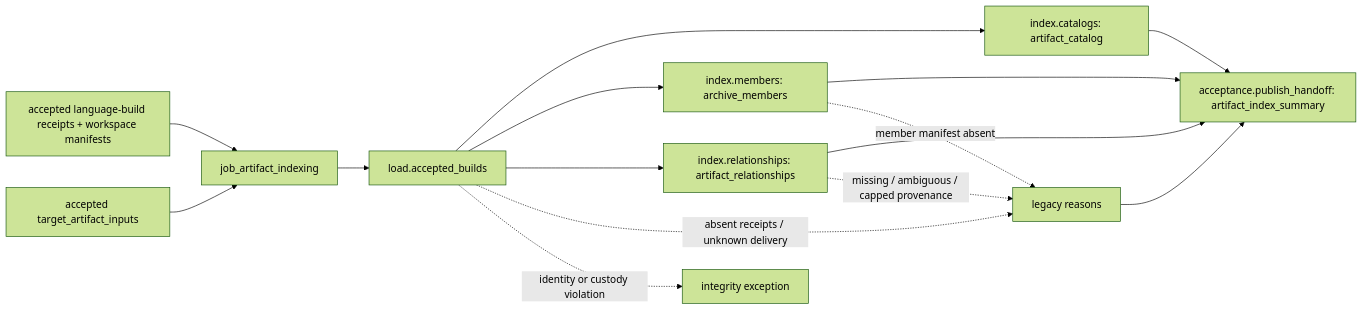
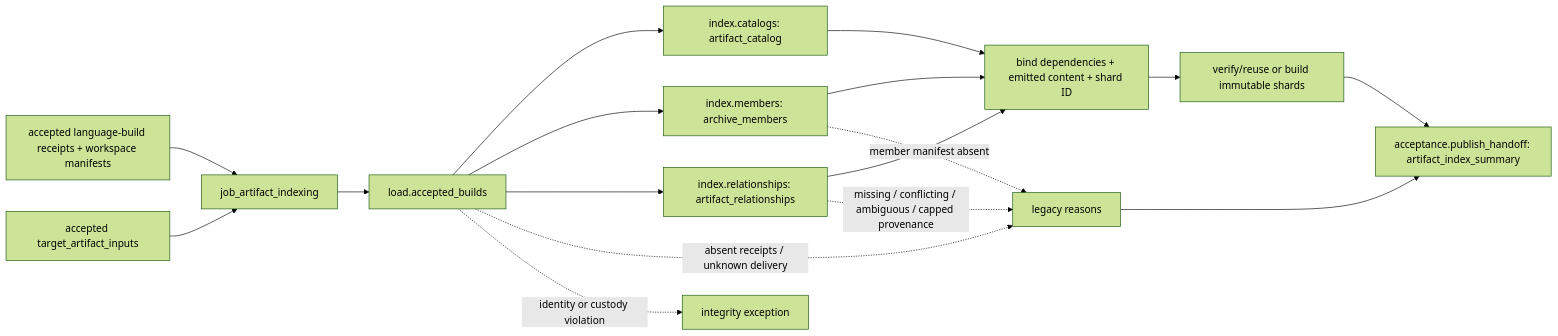
Before and after one commit to wsollers/appsec-review: the second of 2 diagrams in docs/operations/job_artifact_indexing.md, drawn with Mermaid (forest theme). The commit also changed other lines of this file and 6 other files, not shown here.

First line of the commit message:
Fix content-bound artifact shard and link identities (T-5100)

````diff
--- a/docs/operations/job_artifact_indexing.md
+++ b/docs/operations/job_artifact_indexing.md
@@ -227,17 +233,19 @@
 ```mermaid
 flowchart LR
   builds["accepted language-build receipts + workspace manifests"] --> job["job_artifact_indexing"]
   intake["accepted target_artifact_inputs"] --> job
   job --> load["load.accepted_builds"]
   load --> catalogs["index.catalogs: artifact_catalog"]
   load --> members["index.members: archive_members"]
   load --> relations["index.relationships: artifact_relationships"]
-  catalogs --> publish["acceptance.publish_handoff: artifact_index_summary"]
-  members --> publish
-  relations --> publish
+  catalogs --> bind["bind dependencies + emitted content + shard ID"]
+  members --> bind
+  relations --> bind
+  bind --> shards["verify/reuse or build immutable shards"]
+  shards --> publish["acceptance.publish_handoff: artifact_index_summary"]
   load -. "absent receipts / unknown delivery" .-> gaps["legacy reasons"]
   members -. "member manifest absent" .-> gaps
-  relations -. "missing / ambiguous / capped provenance" .-> gaps
+  relations -. "missing / conflicting / ambiguous / capped provenance" .-> gaps
   gaps --> publish
   load -. "identity or custody violation" .-> stop["integrity exception"]
 ```
````
